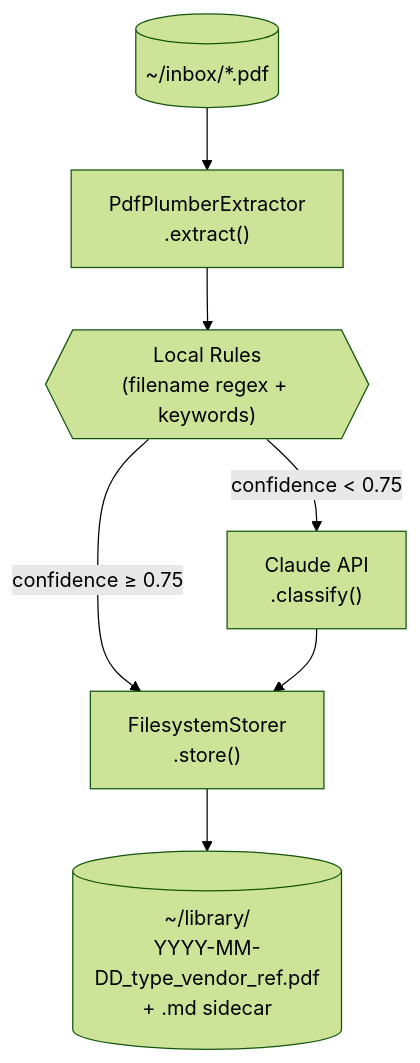
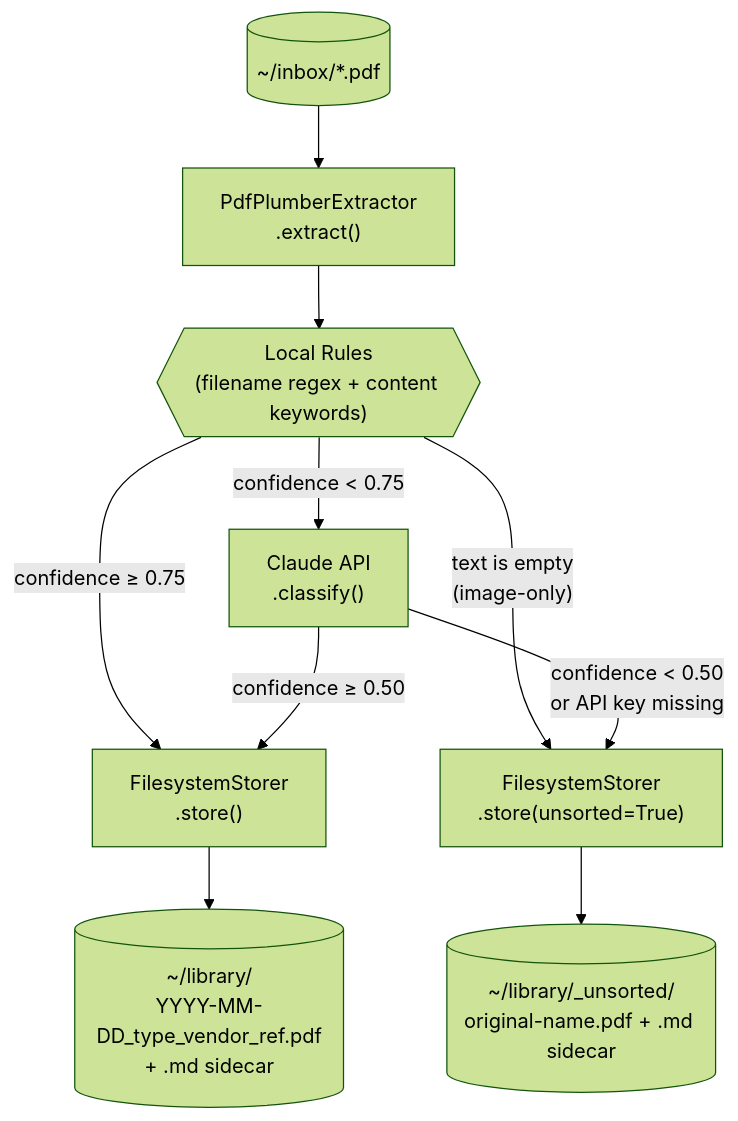
One commit to danx12/paperclaw changed the first of 4 diagrams in docs/DESIGN.md. Above: the diagram before and after it, drawn with Mermaid (forest theme). The commit also changed other lines of this file and 24 other files, not shown here.

````diff
--- a/docs/DESIGN.md
+++ b/docs/DESIGN.md
@@ -10,9 +10,12 @@
 ```mermaid
 flowchart TD
     A[("~/inbox/*.pdf")] --> B["PdfPlumberExtractor\n.extract()"]
-    B --> C{{"Local Rules\n(filename regex + keywords)"}}
+    B --> C{{"Local Rules\n(filename regex + content keywords)"}}
     C -->|"confidence ≥ 0.75"| E["FilesystemStorer\n.store()"]
+    C -->|"text is empty\n(image-only)"| G["FilesystemStorer\n.store(unsorted=True)"]
     C -->|"confidence < 0.75"| D["Claude API\n.classify()"]
-    D --> E
+    D -->|"confidence ≥ 0.50"| E
+    D -->|"confidence < 0.50\nor API key missing"| G
     E --> F[("~/library/\nYYYY-MM-DD_type_vendor_ref.pdf\n+ .md sidecar")]
+    G --> H[("~/library/_unsorted/\noriginal-name.pdf + .md sidecar")]
 ```
````
